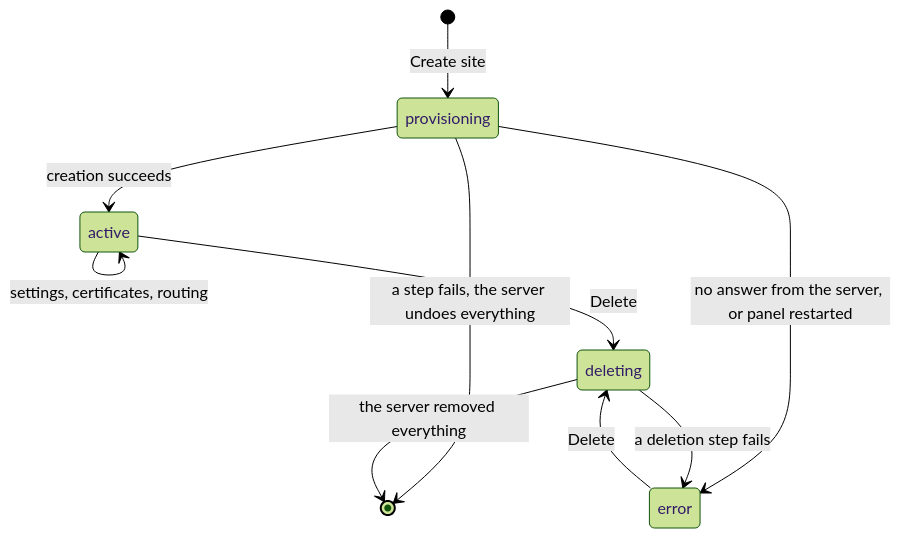
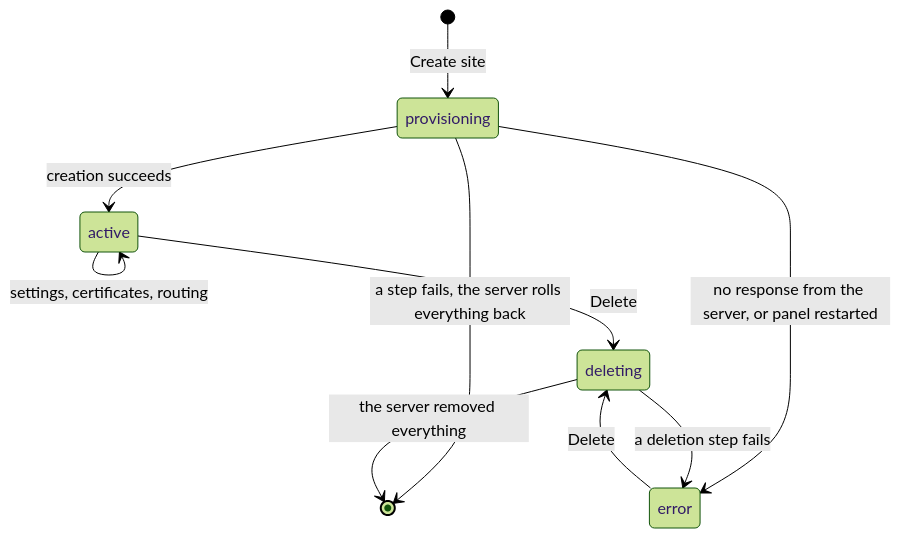
One commit to cloudground-it/cloudground-docs changed the first of 2 diagrams in i18n/en/docusaurus-plugin-content-docs/current/explanation/site-lifecycle.mdx. Above: the diagram before and after it, drawn with Mermaid (forest theme). The commit also changed other lines of this file and 21 other files, not shown here.

````diff
--- a/i18n/en/docusaurus-plugin-content-docs/current/explanation/site-lifecycle.mdx
+++ b/i18n/en/docusaurus-plugin-content-docs/current/explanation/site-lifecycle.mdx
@@ -17,17 +18,17 @@
 ```mermaid
 stateDiagram-v2
     state "provisioning" as provisioning
     state "active" as active
     state "deleting" as deleting
     state "error" as error
 
     [*] --> provisioning: Create site
     provisioning --> active: creation succeeds
-    provisioning --> [*]: a step fails, the server undoes everything
-    provisioning --> error: no answer from the server, or panel restarted
+    provisioning --> [*]: a step fails, the server rolls everything back
+    provisioning --> error: no response from the server, or panel restarted
     active --> active: settings, certificates, routing
     active --> deleting: Delete
     error --> deleting: Delete
     deleting --> [*]: the server removed everything
     deleting --> error: a deletion step fails
 ```
````
